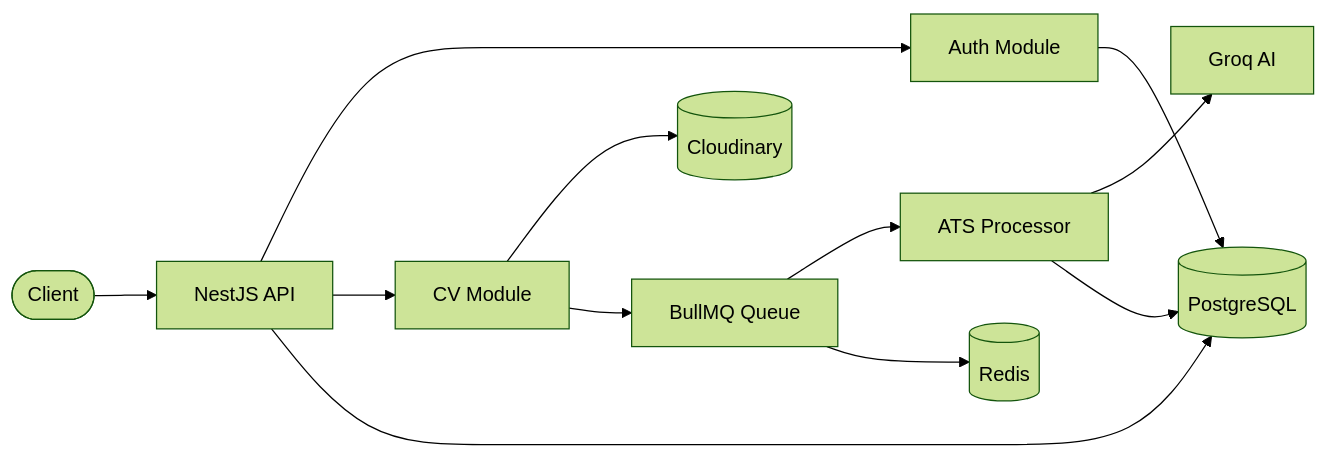
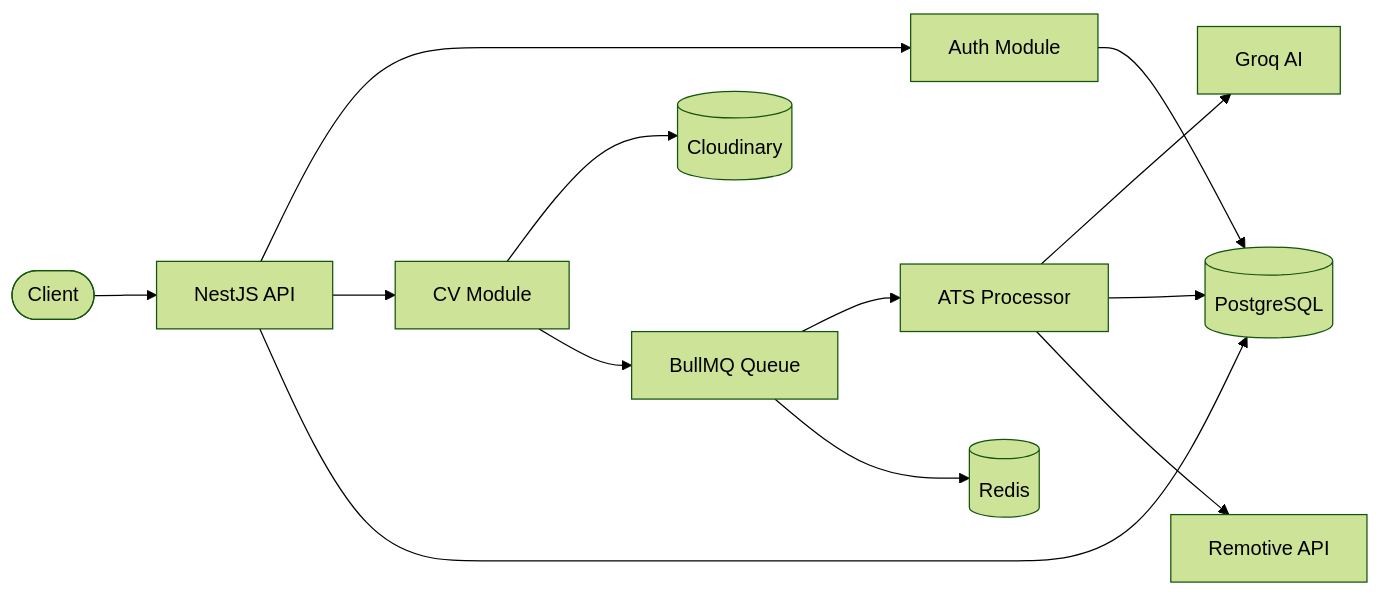
One commit to mohamed-ghanem1212/GradIQ changed the diagram in README.md. Above: the diagram before and after it, drawn with Mermaid (forest theme). The commit also changed other lines of this file and 6 other files, not shown here.

````diff
--- a/README.md
+++ b/README.md
@@ -75,14 +77,15 @@
 ```mermaid
 flowchart LR
     Client([Client]) --> API[NestJS API]
     API --> Auth[Auth Module]
     API --> CV[CV Module]
     CV --> Cloudinary[(Cloudinary)]
     CV --> Queue[BullMQ Queue]
     Queue --> Worker[ATS Processor]
     Worker --> Groq[Groq AI]
     Worker --> DB[(PostgreSQL)]
+    Worker --> Remotive[Remotive API]
     API --> DB
     Queue --> Redis[(Redis)]
     Auth --> DB
 ```
````
